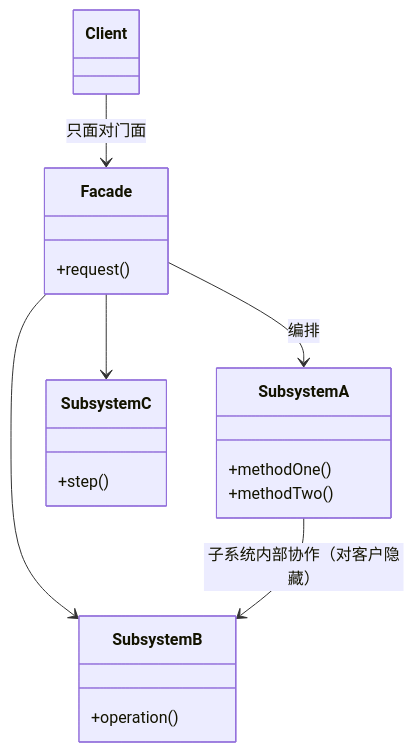
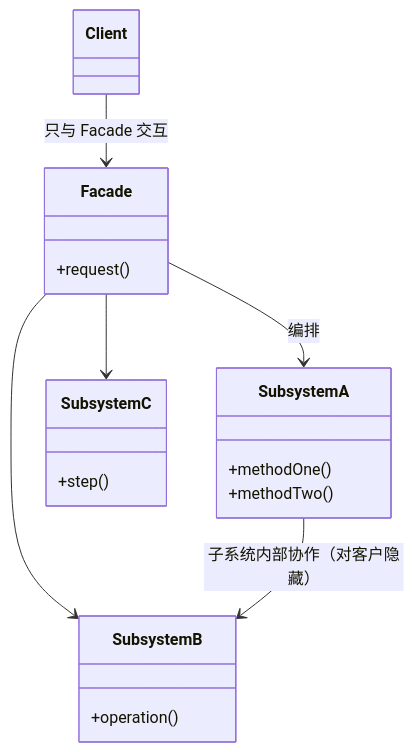
One commit to coswit/coswit.github.io changed the sixth of 8 diagrams in 设计模式/GoF/02-Structural-Patterns.md. Above: the diagram before and after it, drawn with Mermaid. The commit also changed other lines of this file and 11 other files, not shown here.

````diff
--- a/设计模式/GoF/02-Structural-Patterns.md
+++ b/设计模式/GoF/02-Structural-Patterns.md
@@ -680,22 +836,22 @@
 ```mermaid
 classDiagram
     class Facade {
         +request()
     }
     class SubsystemA {
         +methodOne()
         +methodTwo()
     }
     class SubsystemB {
         +operation()
     }
     class SubsystemC {
         +step()
     }
     class Client
-    Client --> Facade : 只面对门面
+    Client --> Facade : 只与 Facade 交互
     Facade --> SubsystemA : 编排
     Facade --> SubsystemB
     Facade --> SubsystemC
     SubsystemA --> SubsystemB : 子系统内部协作（对客户隐藏）
 ```
````
